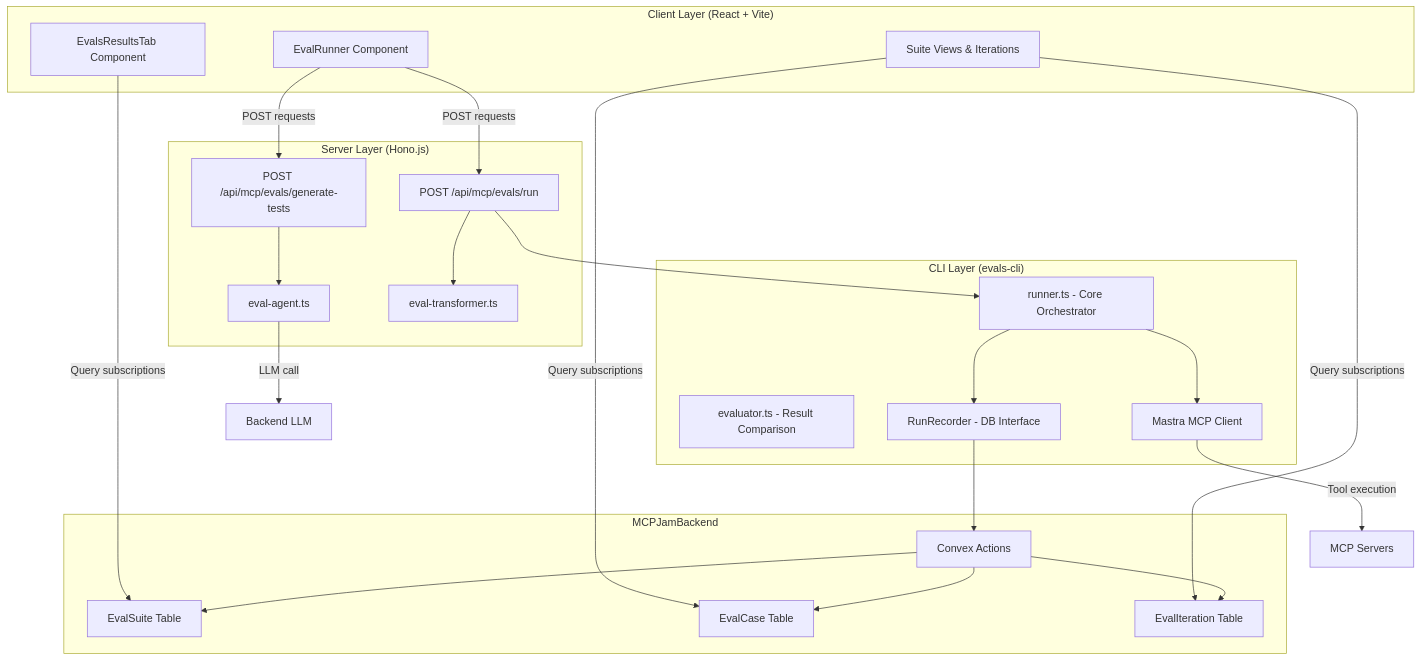
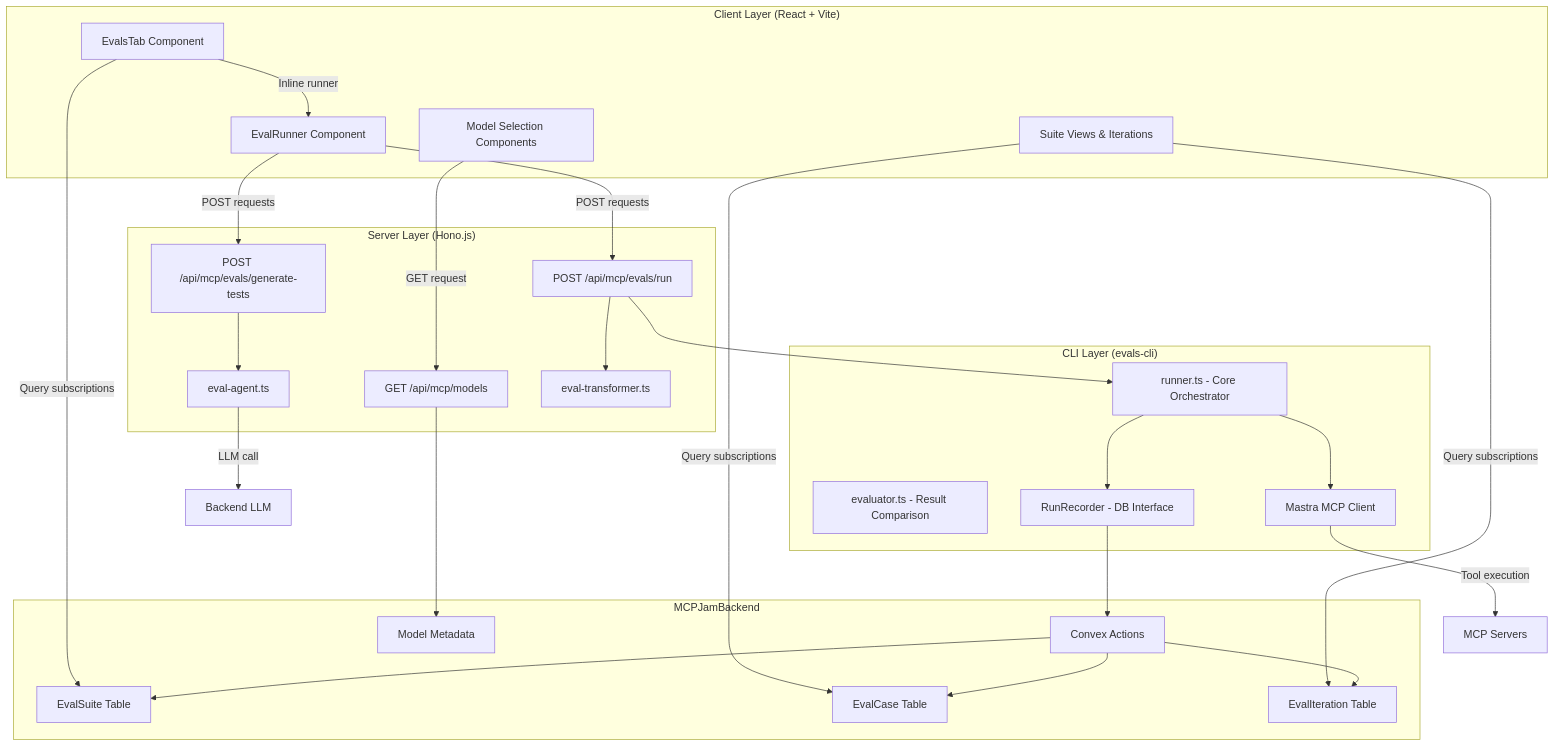
The first of 11 diagrams in docs/contributing/evals-architecture.mdx (MCPJam/inspector), drawn with Mermaid before and after one commit.

````diff
--- a/docs/contributing/evals-architecture.mdx
+++ b/docs/contributing/evals-architecture.mdx
@@ -35,50 +35,56 @@
 ```mermaid
 graph TB
     subgraph Client["Client Layer (React + Vite)"]
-        A[EvalRunner Component]
-        B[EvalsResultsTab Component]
-        C[Suite Views & Iterations]
+        A[EvalsTab Component]
+        B[EvalRunner Component]
+        C[Model Selection Components]
+        D[Suite Views & Iterations]
     end
 
     subgraph Server["Server Layer (Hono.js)"]
-        D[POST /api/mcp/evals/run]
-        E[POST /api/mcp/evals/generate-tests]
-        F[eval-agent.ts]
-        G[eval-transformer.ts]
+        E[POST /api/mcp/evals/run]
+        F[POST /api/mcp/evals/generate-tests]
+        G[GET /api/mcp/models]
+        H[eval-agent.ts]
+        I[eval-transformer.ts]
     end
 
     subgraph CLI["CLI Layer (evals-cli)"]
-        H[runner.ts - Core Orchestrator]
-        I[evaluator.ts - Result Comparison]
-        J[RunRecorder - DB Interface]
-        K[Mastra MCP Client]
+        J[runner.ts - Core Orchestrator]
+        K[evaluator.ts - Result Comparison]
+        L[RunRecorder - DB Interface]
+        M[Mastra MCP Client]
     end
 
     subgraph Backend["MCPJamBackend"]
-        L[EvalSuite Table]
-        M[EvalCase Table]
-        N[EvalIteration Table]
-        O[Convex Actions]
+        N[EvalSuite Table]
+        O[EvalCase Table]
+        P[EvalIteration Table]
+        Q[Convex Actions]
+        R[Model Metadata]
     end
 
-    A -->|POST requests| D
-    A -->|POST requests| E
-    B -->|Query subscriptions| L
-    C -->|Query subscriptions| M
-    C -->|Query subscriptions| N
+    A -->|Inline runner| B
+    B -->|POST requests| E
+    B -->|POST requests| F
+    C -->|GET request| G
+    A -->|Query subscriptions| N
+    D -->|Query subscriptions| O
+    D -->|Query subscriptions| P
 
-    D --> H
-    E --> F
-    D --> G
+    E --> J
+    F --> H
+    E --> I
+    G --> R
 
-    H --> J
-    J --> O
-    O --> L
-    O --> M
-    O --> N
+    J --> L
+    L --> Q
+    Q --> N
+    Q --> O
+    Q --> P
 
-    H --> K
-    K -->|Tool execution| P[MCP Servers]
+    J --> M
+    M -->|Tool execution| S[MCP Servers]
 
-    F -->|LLM call| Q[Backend LLM]
+    H -->|LLM call| T[Backend LLM]
 ```
````
